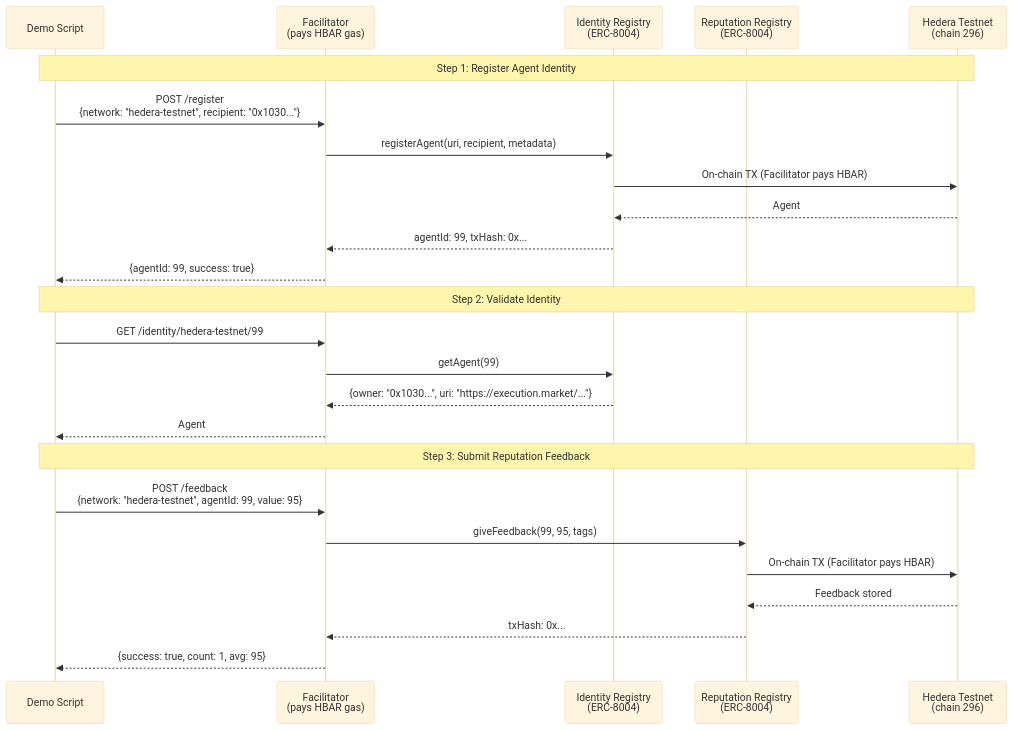
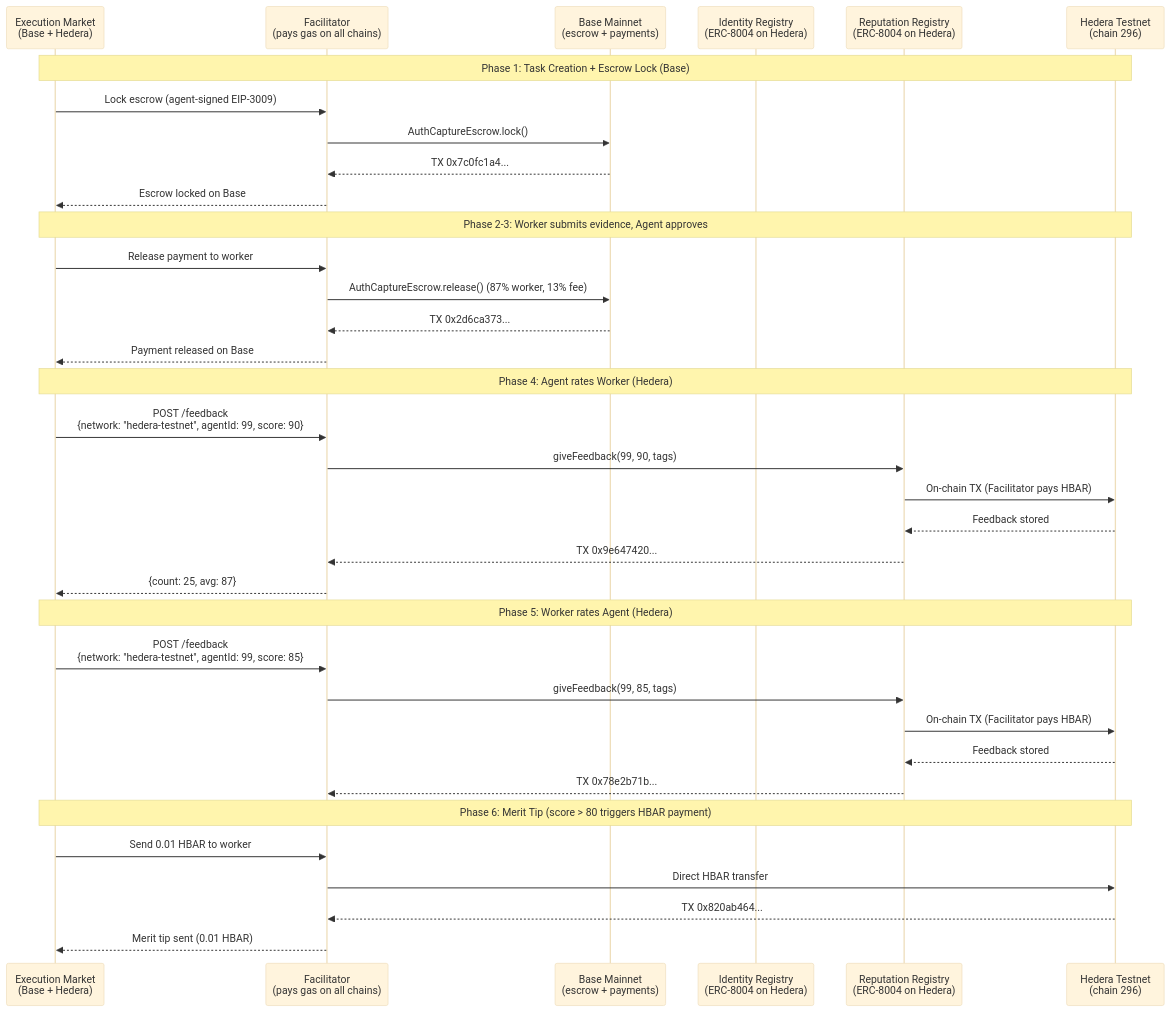
The diagram in hedera/PROOF_OF_INTEGRATION.md (yesig3/em-cannes-hackathon), drawn with Mermaid (base theme) before and after one commit. The commit also changed other lines of this file and 3 other files, not shown here.

First line of the commit message:
docs: update all docs with Facilitator extension + merit tip + Golden Flow 6/6

````diff
--- a/hedera/PROOF_OF_INTEGRATION.md
+++ b/hedera/PROOF_OF_INTEGRATION.md
@@ -115,30 +164,42 @@
 ```mermaid
 sequenceDiagram
-    participant D as Demo Script
-    participant F as Facilitator<br/>(pays HBAR gas)
-    participant IR as Identity Registry<br/>(ERC-8004)
-    participant RR as Reputation Registry<br/>(ERC-8004)
+    participant EM as Execution Market<br/>(Base + Hedera)
+    participant F as Facilitator<br/>(pays gas on all chains)
+    participant B as Base Mainnet<br/>(escrow + payments)
+    participant IR as Identity Registry<br/>(ERC-8004 on Hedera)
+    participant RR as Reputation Registry<br/>(ERC-8004 on Hedera)
     participant H as Hedera Testnet<br/>(chain 296)
 
-    Note over D,H: Step 1: Register Agent Identity
-    D->>F: POST /register<br/>{network: "hedera-testnet", recipient: "0x1030..."}
-    F->>IR: registerAgent(uri, recipient, metadata)
-    IR->>H: On-chain TX (Facilitator pays HBAR)
-    H-->>IR: Agent #99 minted
-    IR-->>F: agentId: 99, txHash: 0x...
-    F-->>D: {agentId: 99, success: true}
+    Note over EM,H: Phase 1: Task Creation + Escrow Lock (Base)
+    EM->>F: Lock escrow (agent-signed EIP-3009)
+    F->>B: AuthCaptureEscrow.lock()
+    B-->>F: TX 0x7c0fc1a4...
+    F-->>EM: Escrow locked on Base
 
-    Note over D,H: Step 2: Validate Identity
-    D->>F: GET /identity/hedera-testnet/99
-    F->>IR: getAgent(99)
-    IR-->>F: {owner: "0x1030...", uri: "https://execution.market/..."}
-    F-->>D: Agent #99 confirmed
+    Note over EM,H: Phase 2-3: Worker submits evidence, Agent approves
+    EM->>F: Release payment to worker
+    F->>B: AuthCaptureEscrow.release() (87% worker, 13% fee)
+    B-->>F: TX 0x2d6ca373...
+    F-->>EM: Payment released on Base
 
-    Note over D,H: Step 3: Submit Reputation Feedback
-    D->>F: POST /feedback<br/>{network: "hedera-testnet", agentId: 99, value: 95}
-    F->>RR: giveFeedback(99, 95, tags)
+    Note over EM,H: Phase 4: Agent rates Worker (Hedera)
+    EM->>F: POST /feedback<br/>{network: "hedera-testnet", agentId: 99, score: 90}
+    F->>RR: giveFeedback(99, 90, tags)
     RR->>H: On-chain TX (Facilitator pays HBAR)
     H-->>RR: Feedback stored
-    RR-->>F: txHash: 0x...
-    F-->>D: {success: true, count: 1, avg: 95}
+    RR-->>F: TX 0x9e647420...
+    F-->>EM: {count: 25, avg: 87}
+
+    Note over EM,H: Phase 5: Worker rates Agent (Hedera)
+    EM->>F: POST /feedback<br/>{network: "hedera-testnet", agentId: 99, score: 85}
+    F->>RR: giveFeedback(99, 85, tags)
+    RR->>H: On-chain TX (Facilitator pays HBAR)
+    H-->>RR: Feedback stored
+    RR-->>F: TX 0x78e2b71b...
+
+    Note over EM,H: Phase 6: Merit Tip (score > 80 triggers HBAR payment)
+    EM->>F: Send 0.01 HBAR to worker
+    F->>H: Direct HBAR transfer
+    H-->>F: TX 0x820ab464...
+    F-->>EM: Merit tip sent (0.01 HBAR)
 ```
````
